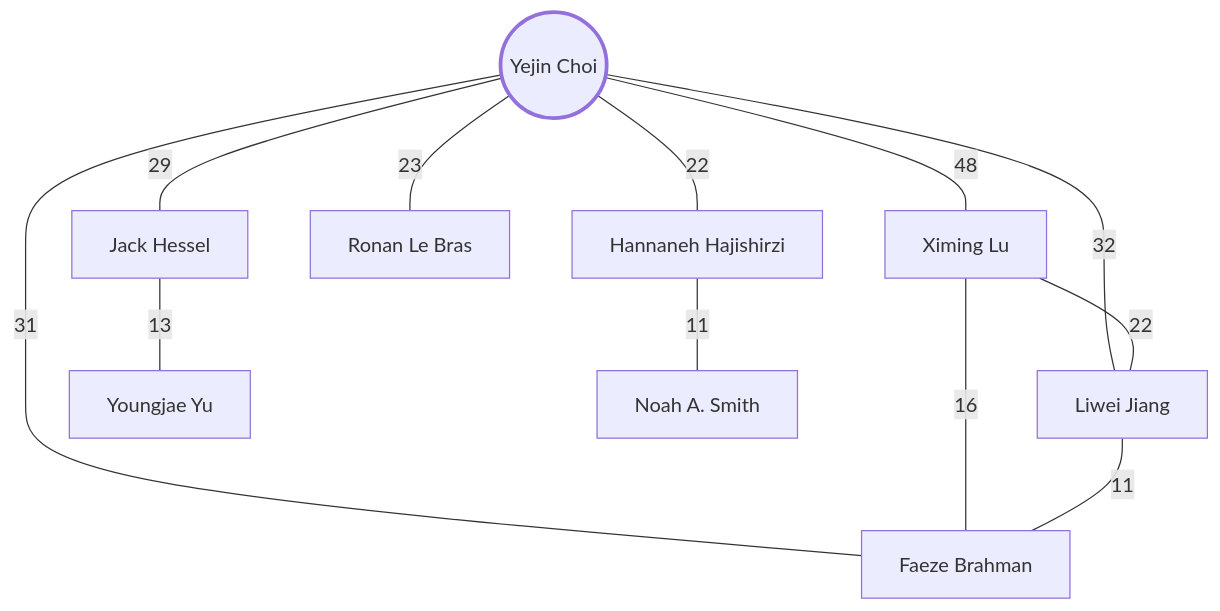
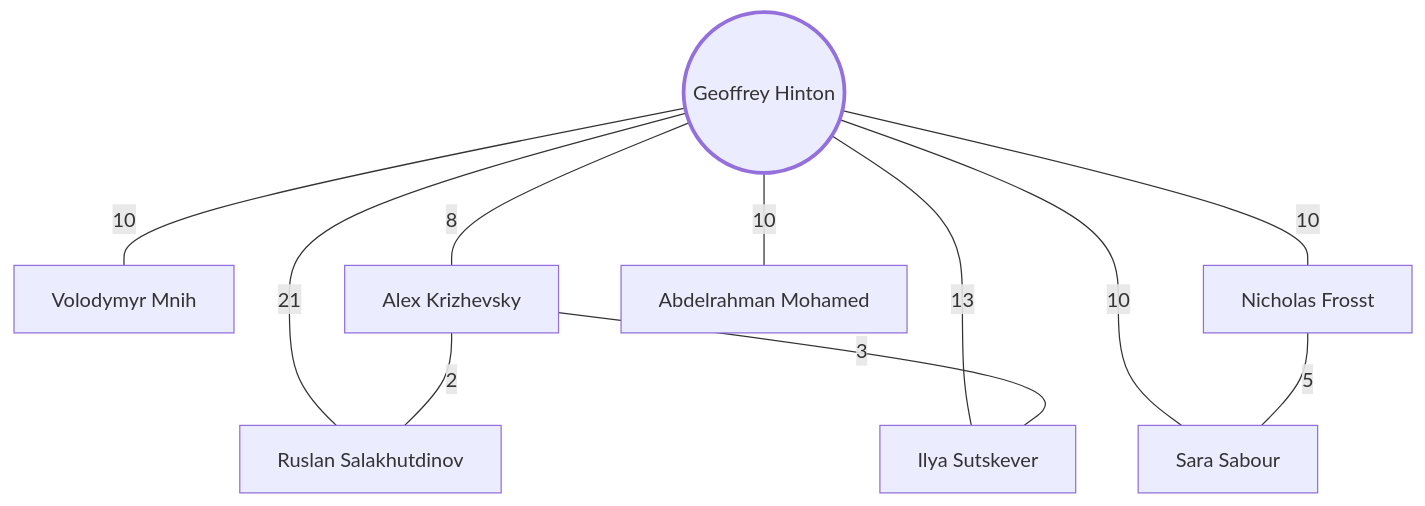
One commit to Battam1111/omniseek changed the second of 2 diagrams in docs/examples.md. Above: the diagram before and after it, drawn with Mermaid. The commit also changed other lines of this file and 112 other files, not shown here.

````diff
--- a/docs/examples.md
+++ b/docs/examples.md
@@ -144,24 +132,22 @@
 ```mermaid
 graph TD
-    YC(("Yejin Choi")):::center
-    XL["Ximing Lu"]
-    LJ["Liwei Jiang"]
-    FB["Faeze Brahman"]
-    JH["Jack Hessel"]
-    RL["Ronan Le Bras"]
-    HH["Hannaneh Hajishirzi"]
-    YY["Youngjae Yu"]
-    NS["Noah A. Smith"]
-    YC ---|48| XL
-    YC ---|32| LJ
-    YC ---|31| FB
-    YC ---|29| JH
-    YC ---|23| RL
-    YC ---|22| HH
-    XL ---|22| LJ
-    XL ---|16| FB
-    LJ ---|11| FB
-    JH ---|13| YY
-    HH ---|11| NS
+    GH(("Geoffrey Hinton")):::center
+    RS["Ruslan Salakhutdinov"]
+    IS["Ilya Sutskever"]
+    VM["Volodymyr Mnih"]
+    NF["Nicholas Frosst"]
+    SS["Sara Sabour"]
+    AK["Alex Krizhevsky"]
+    AM["Abdelrahman Mohamed"]
+    GH ---|21| RS
+    GH ---|13| IS
+    GH ---|10| VM
+    GH ---|10| NF
+    GH ---|10| SS
+    GH ---|10| AM
+    GH ---|8| AK
+    NF ---|5| SS
+    AK ---|3| IS
+    AK ---|2| RS
     classDef center stroke-width:3px
 ```
````
